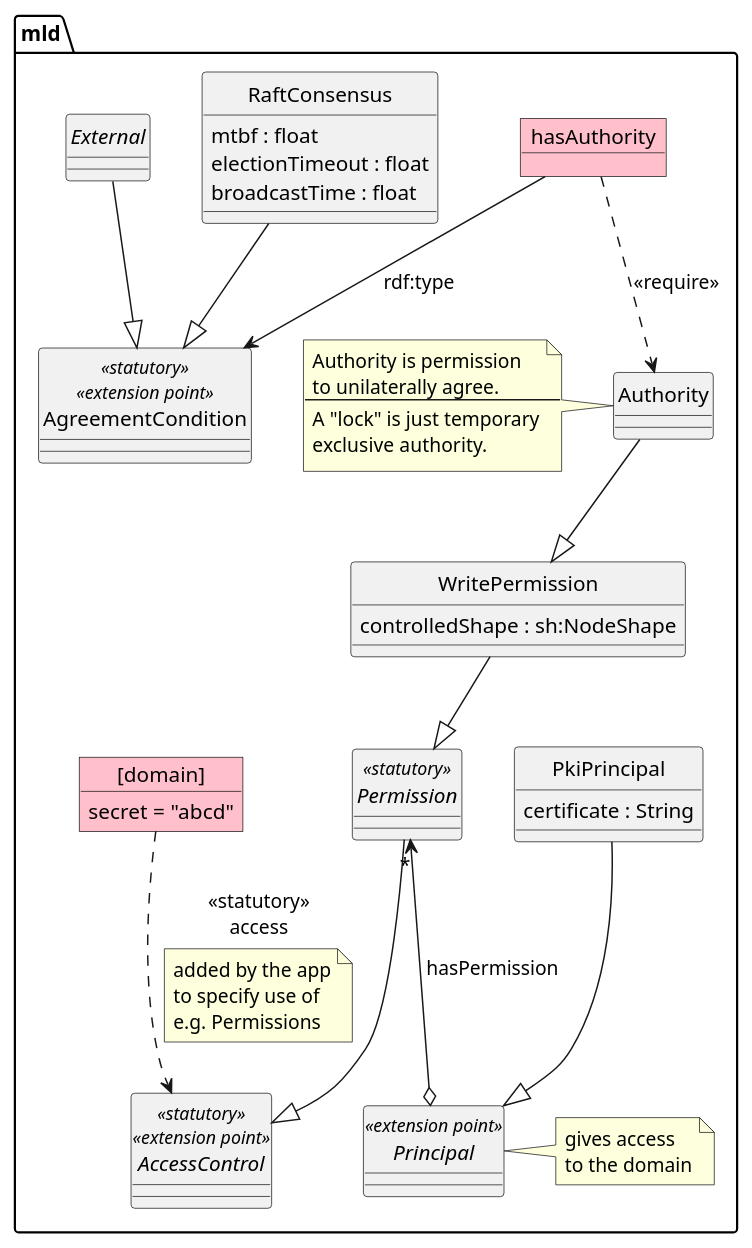
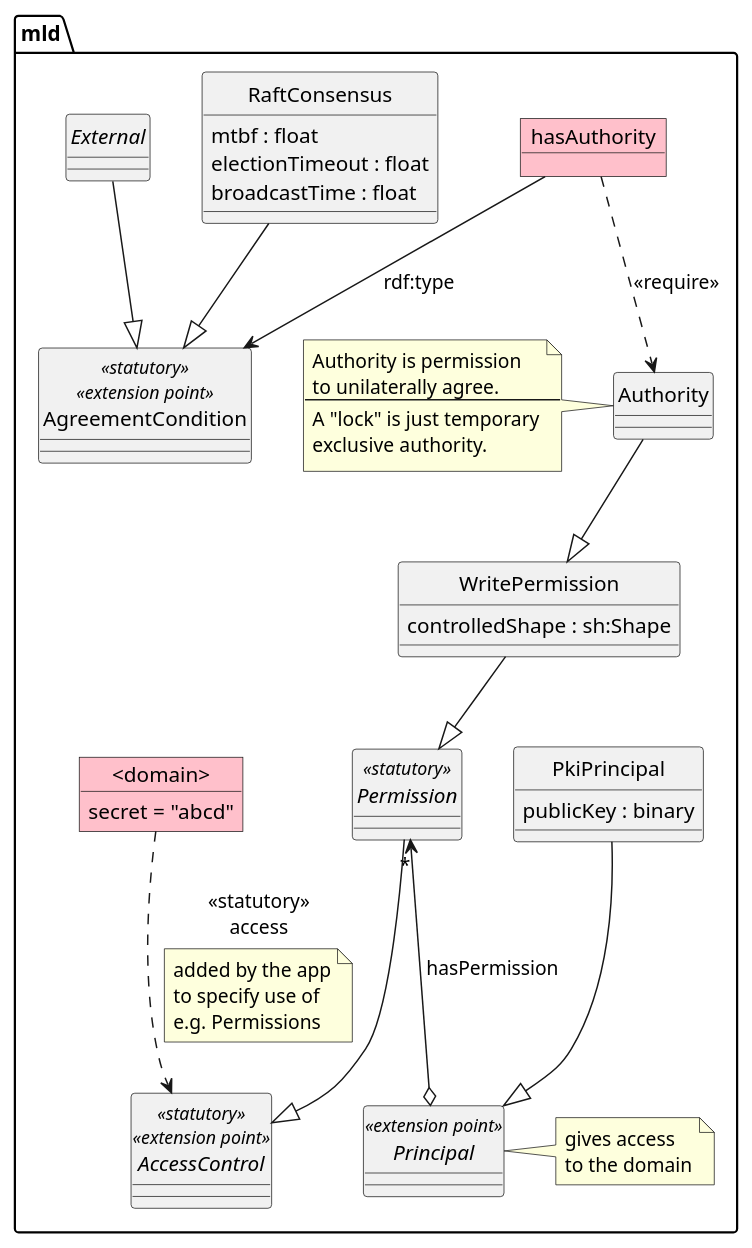
One commit to m-ld/m-ld-security-spec changed the diagram in design/agreement.class.puml. Above: the diagram before and after it, drawn with PlantUML. The commit also changed 8 other files, not shown here.

```diff
--- a/design/agreement.class.puml
+++ b/design/agreement.class.puml
@@ -1,68 +1,68 @@
 @startuml
 'https://plantuml.com/object-diagram
 hide circle
 
 skinparam object {
   BackgroundColor Pink
 }
 
 package mld {
 
 class AgreementCondition <<statutory>> <<extension point>>
 
 abstract class Principal <<extension point>>
 note right
 gives access
 to the domain
 end note
 class PkiPrincipal {
-  certificate : String
+  publicKey : binary
 }
 PkiPrincipal --|> Principal
 
 class Authority
 note left
 Authority is permission
 to unilaterally agree.
 ---
 A "lock" is just temporary
 exclusive authority.
 end note
 object hasAuthority
 hasAuthority --> AgreementCondition : rdf:type
 hasAuthority ..> Authority : <<require>>
 Permission "*" <--o Principal : hasPermission
 
 abstract class Permission <<statutory>>
 Permission --|> AccessControl
 
 class WritePermission {
-  controlledShape : sh:NodeShape
+  controlledShape : sh:Shape
 }
 Authority --|> WritePermission
 WritePermission --|> Permission
 
 class RaftConsensus {
   mtbf : float
   electionTimeout : float
   broadcastTime : float
 }
 RaftConsensus --|> AgreementCondition
 
 abstract class External
 External --|> AgreementCondition
 
-object "[domain]" as domain {
+object "<domain>" as domain {
   secret = "abcd"
 }
 
 abstract class AccessControl <<statutory>> <<extension point>>
 domain ..> AccessControl : <<statutory>>\naccess
 note on link
 added by the app
 to specify use of
 e.g. Permissions
 end note
 
 }
 @enduml
```
